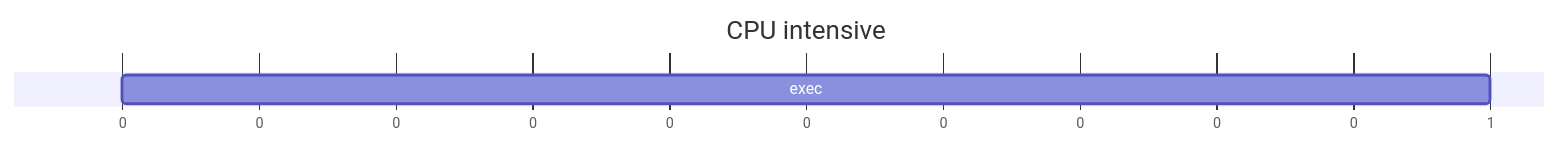
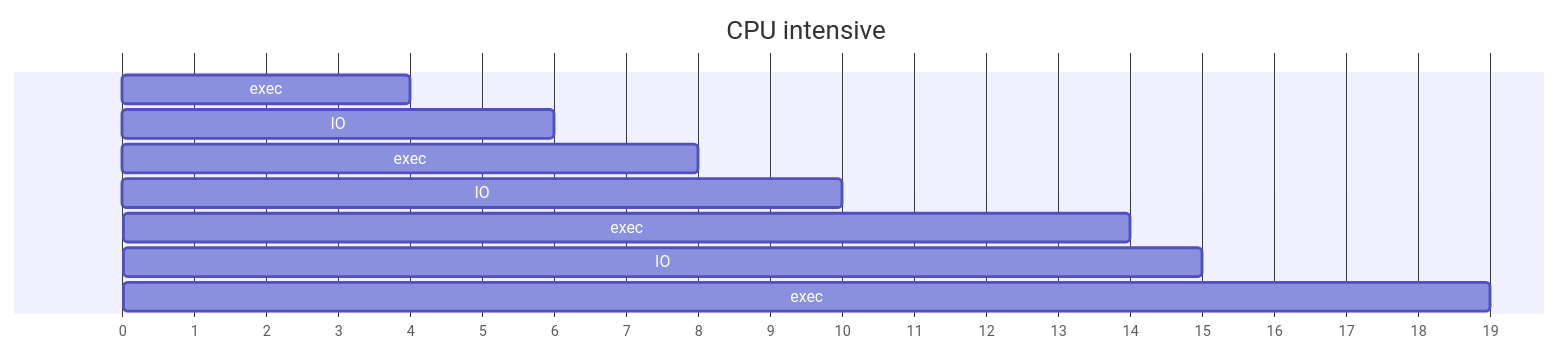
One commit to angelromarco04/MyNotes changed the first of 2 diagrams in CS/OS/data/24_control.md. Above: the diagram before and after it, drawn with Mermaid. The commit also changed other lines of this file, not shown here.

````diff
--- a/CS/OS/data/24_control.md
+++ b/CS/OS/data/24_control.md
@@ -19,9 +16,14 @@
 ```mermaid
 gantt
     title CPU intensive
     dateFormat X
     axisFormat %s
     
-    exec    : a, 0, 1
-
+    exec    : a, 0, 4
+    IO      : b, 4, 6
+    exec    : a, 6, 8
+    IO      : b, 9, 10
+    exec    : a, 10, 14
+    IO      : b, 14, 15
+    exec    : a, 15, 19
 ```
````
